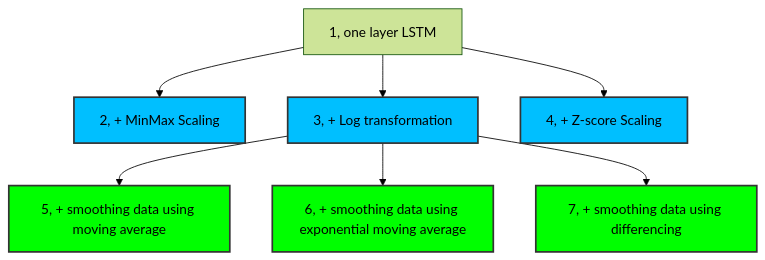
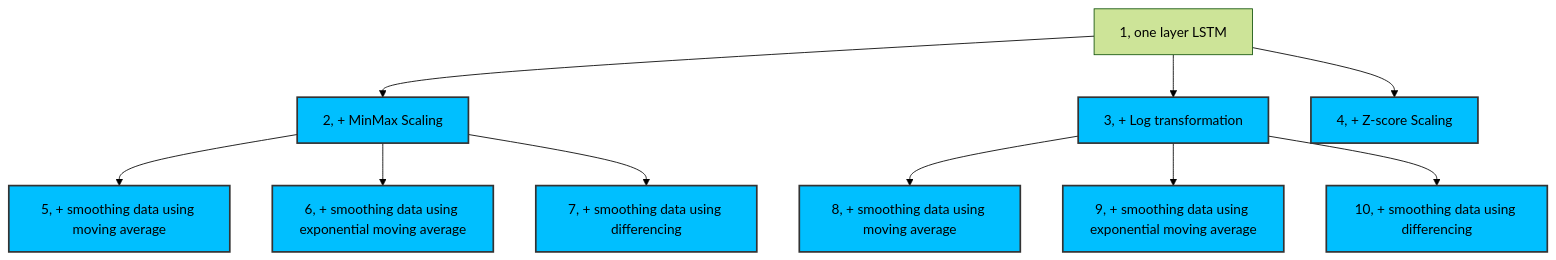
Before and after one commit to zihaozeng0021/currency-exchange-rate-forecasting: the diagram in src/models/LSTM/LSTM_classifier/experiment_hierarchy.md, drawn with Mermaid (forest theme). The commit also changed 12 other files, not shown here.

Commit message:
Experiment on data smoothing

````diff
--- a/src/models/LSTM/LSTM_classifier/experiment_hierarchy.md
+++ b/src/models/LSTM/LSTM_classifier/experiment_hierarchy.md
@@ -1,17 +1,17 @@
 ```mermaid
 graph TD
     1[1, one layer LSTM] --> 2[2, + MinMax Scaling]
     1 --> 3[3, + Log transformation]
     1 --> 4[4, + Z-score Scaling]
-    3 --> 5[5, + smoothing data using moving average]
-    3 --> 6[6, + smoothing data using exponential moving average]
-    3 --> 7[7, + smoothing data using differencing]    
+    2 --> 5[5, + smoothing data using moving average]
+    2 --> 6[6, + smoothing data using exponential moving average]
+    2 --> 7[7, + smoothing data using differencing]
+    3 --> 8[8, + smoothing data using moving average]
+    3 --> 9[9, + smoothing data using exponential moving average]
+    3 --> 10[10, + smoothing data using differencing]
     
     
     classDef brightBlue fill:#00BFFF,stroke:#333,stroke-width:2px;
-    class 2,3,4 brightBlue;
-    
-    classDef brightGreen fill:#00FF00,stroke:#333,stroke-width:2px;
-    class 5,6,7 brightGreen;
+    class 2,3,4,5,6,7,8,9,10 brightBlue;
     
 ```
````
